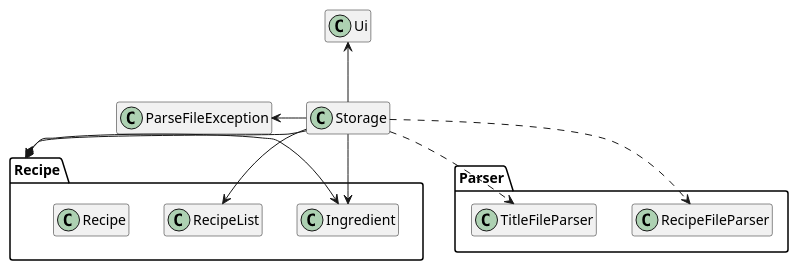
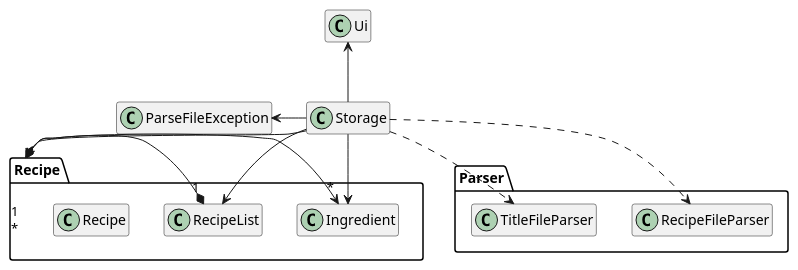
Before and after one commit to nus-cs2113-AY2223S1/tp: the diagram in docs/diagrams/StorageClassDiagram.puml, drawn with PlantUML. The commit also changed 4 other files, not shown here.

Commit message:
Added multiplicities to storage and ui class diagram

```diff
--- a/docs/diagrams/StorageClassDiagram.puml
+++ b/docs/diagrams/StorageClassDiagram.puml
@@ -1,29 +1,30 @@
 @startuml
 'https://plantuml.com/class-diagram
 
 hide class fields
 hide class methods
 
 package Recipe {
 class RecipeList
 class Recipe
 class Ingredient
 }
 
 package Parser {
 class RecipeFileParser
 class TitleFileParser
 }
 
 class ParseFileException
 
 Storage -up-> Ui
 Storage -down-> Recipe
 Storage -down-> Ingredient
 Storage -down-> RecipeList
 Storage ..> RecipeFileParser
 Storage ..> TitleFileParser
 Storage -left-> ParseFileException
 
-Recipe *-right-> Ingredient
+Recipe "1" *-right-> "*" Ingredient
+RecipeList "1" *-right-> "*"  Recipe
 @enduml
```
